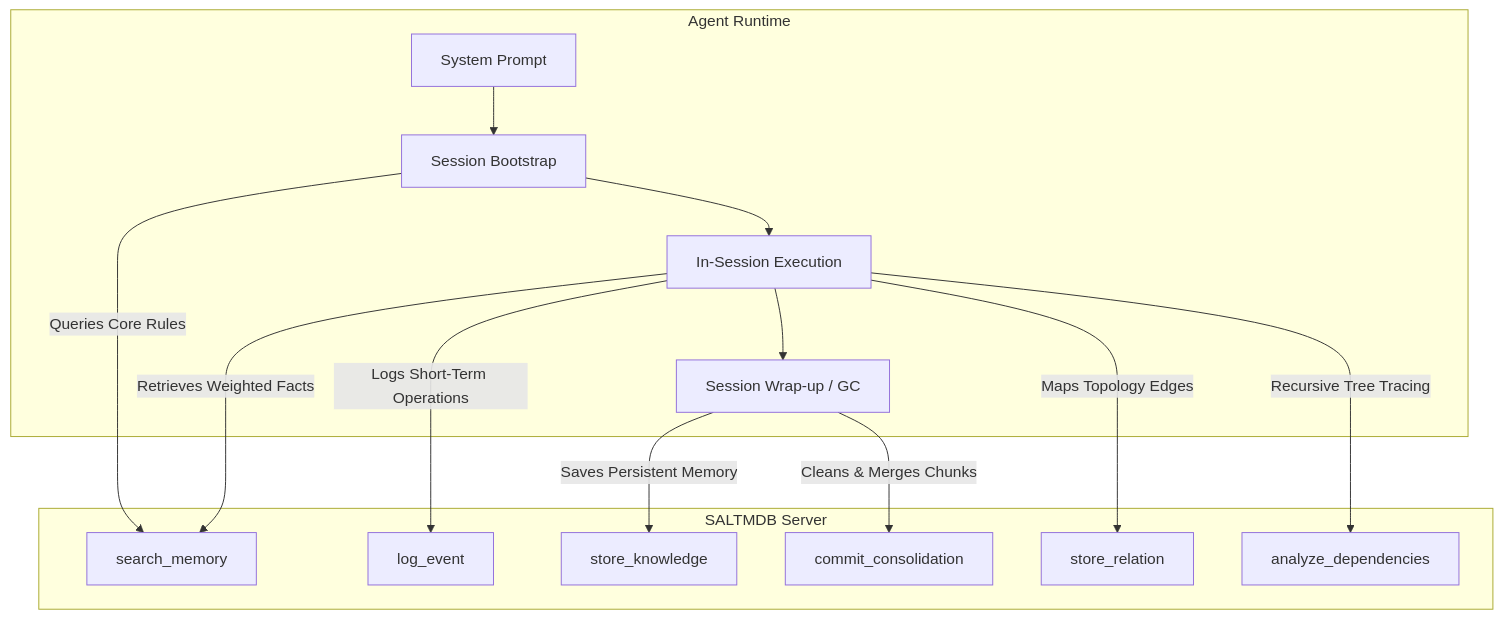
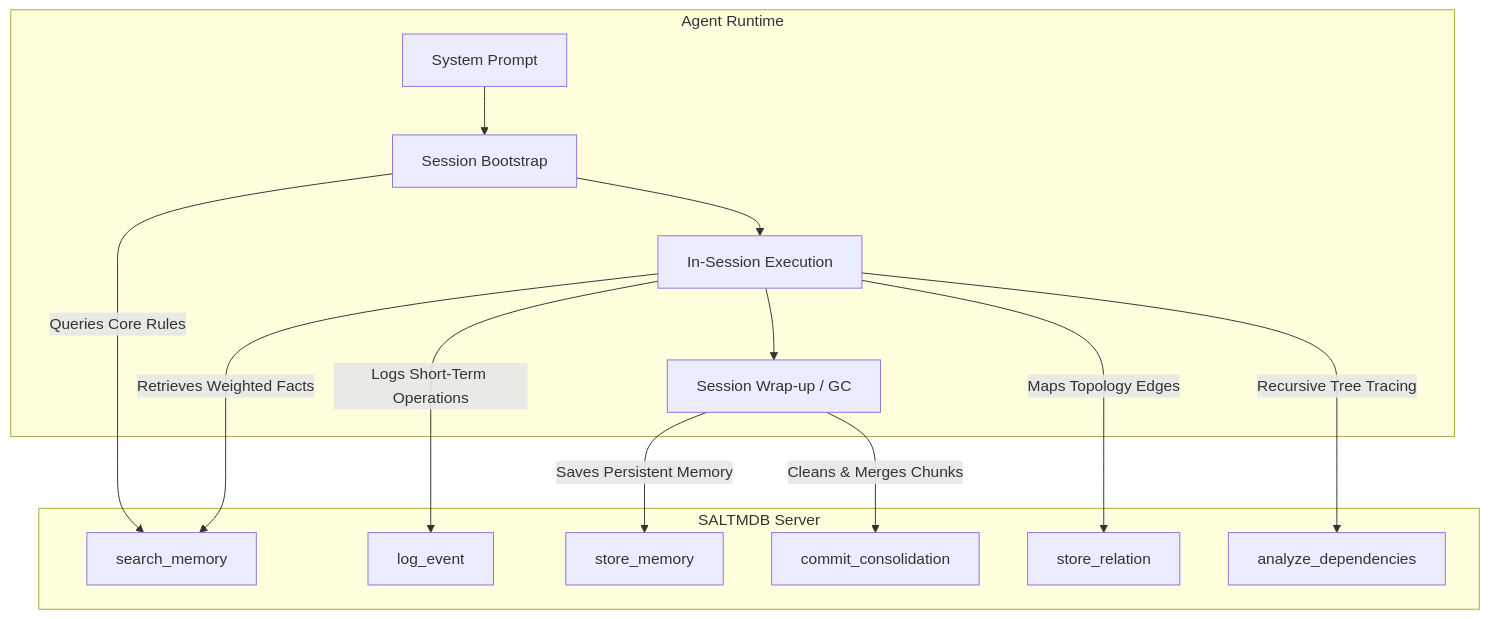
Before and after one commit to zbalint/SALTMDB: the first of 2 diagrams in AGENT_GUIDE.md, drawn with Mermaid. The commit also changed other lines of this file and 4 other files, not shown here.

Commit message:
Implement Phase 6: Rename store_knowledge to store_memory and optimize MCP tool docstrings for Zero-Config Memory SEO

````diff
--- a/AGENT_GUIDE.md
+++ b/AGENT_GUIDE.md
@@ -11,17 +11,17 @@
 ```mermaid
 graph TD
     subgraph Client [Agent Runtime]
         A[System Prompt] --> B[Session Bootstrap]
         B --> C[In-Session Execution]
         C --> D[Session Wrap-up / GC]
     end
     subgraph MCP [SALTMDB Server]
         B -->|Queries Core Rules| E[search_memory]
         C -->|Logs Short-Term Operations| F[log_event]
         C -->|Retrieves Weighted Facts| E
-        D -->|Saves Persistent Memory| G[store_knowledge]
+        D -->|Saves Persistent Memory| G[store_memory]
         D -->|Cleans & Merges Chunks| H[commit_consolidation]
         C -->|Maps Topology Edges| I[store_relation]
         C -->|Recursive Tree Tracing| J[analyze_dependencies]
     end
 ```
````
